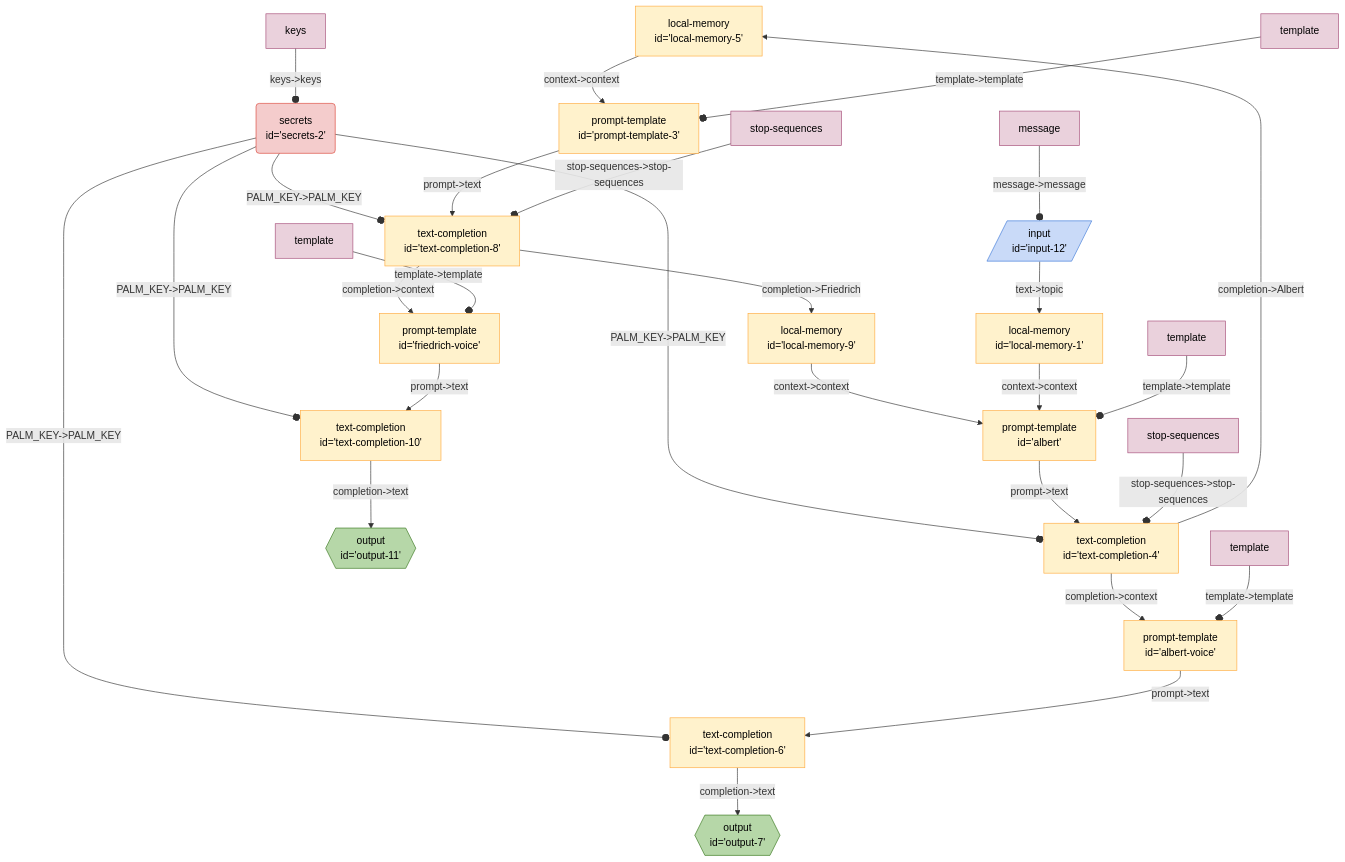
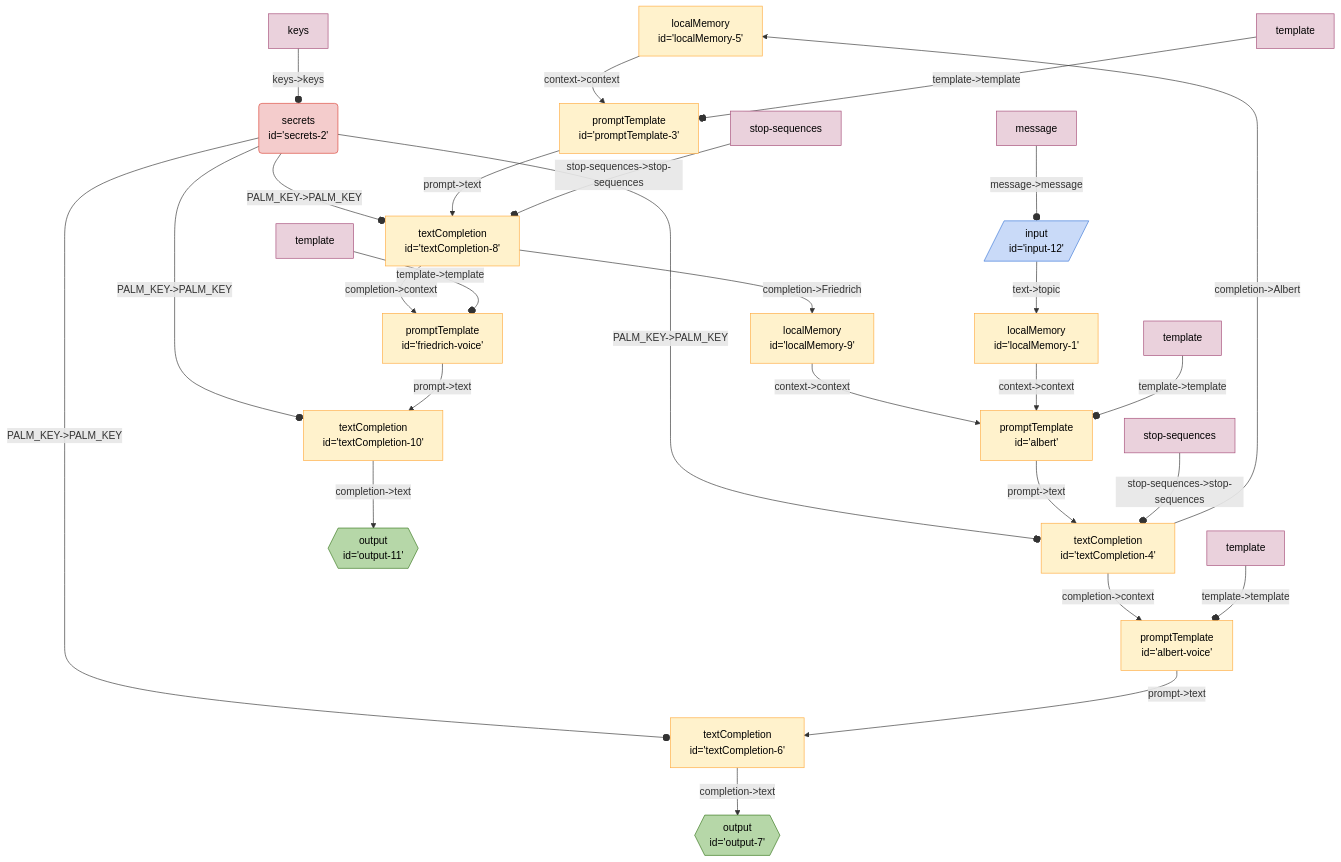
One commit to breadboard-ai/breadboard changed the diagram in seeds/graph-playground/docs/graphs/endless-debate-with-voice.md. Above: the diagram before and after it, drawn with Mermaid. The commit also changed 41 other files, not shown here.

````diff
--- a/seeds/graph-playground/docs/graphs/endless-debate-with-voice.md
+++ b/seeds/graph-playground/docs/graphs/endless-debate-with-voice.md
@@ -5,74 +5,74 @@
   ```mermaid
   %%{init: 'themeVariables': { 'fontFamily': 'Fira Code, monospace' }}%%
 graph TD;
-localmemory5["local-memory
-id='local-memory-5'"] -- "context->context" --> prompttemplate3["prompt-template
-id='prompt-template-3'"]
-textcompletion4["text-completion
-id='text-completion-4'"] -- "completion->Albert" --> localmemory5["local-memory
-id='local-memory-5'"]
+localMemory5["localMemory
+id='localMemory-5'"] -- "context->context" --> promptTemplate3["promptTemplate
+id='promptTemplate-3'"]
+textCompletion4["textCompletion
+id='textCompletion-4'"] -- "completion->Albert" --> localMemory5["localMemory
+id='localMemory-5'"]
 secrets2("secrets
-id='secrets-2'"):::secrets -- "PALM_KEY->PALM_KEY" --o textcompletion6["text-completion
-id='text-completion-6'"]
-textcompletion6["text-completion
-id='text-completion-6'"] -- "completion->text" --> output7{{"output
+id='secrets-2'"):::secrets -- "PALM_KEY->PALM_KEY" --o textCompletion6["textCompletion
+id='textCompletion-6'"]
+textCompletion6["textCompletion
+id='textCompletion-6'"] -- "completion->text" --> output7{{"output
 id='output-7'"}}:::output
-albertvoice["prompt-template
-id='albert-voice'"] -- "prompt->text" --> textcompletion6["text-completion
-id='text-completion-6'"]
-textcompletion4["text-completion
-id='text-completion-4'"] -- "completion->context" --> albertvoice["prompt-template
+albertvoice["promptTemplate
+id='albert-voice'"] -- "prompt->text" --> textCompletion6["textCompletion
+id='textCompletion-6'"]
+textCompletion4["textCompletion
+id='textCompletion-4'"] -- "completion->context" --> albertvoice["promptTemplate
 id='albert-voice'"]
 secrets2("secrets
-id='secrets-2'"):::secrets -- "PALM_KEY->PALM_KEY" --o textcompletion4["text-completion
-id='text-completion-4'"]
-albert["prompt-template
-id='albert'"] -- "prompt->text" --> textcompletion4["text-completion
-id='text-completion-4'"]
-localmemory9["local-memory
-id='local-memory-9'"] -- "context->context" --> albert["prompt-template
+id='secrets-2'"):::secrets -- "PALM_KEY->PALM_KEY" --o textCompletion4["textCompletion
+id='textCompletion-4'"]
+albert["promptTemplate
+id='albert'"] -- "prompt->text" --> textCompletion4["textCompletion
+id='textCompletion-4'"]
+localMemory9["localMemory
+id='localMemory-9'"] -- "context->context" --> albert["promptTemplate
 id='albert'"]
-textcompletion8["text-completion
-id='text-completion-8'"] -- "completion->Friedrich" --> localmemory9["local-memory
-id='local-memory-9'"]
+textCompletion8["textCompletion
+id='textCompletion-8'"] -- "completion->Friedrich" --> localMemory9["localMemory
+id='localMemory-9'"]
 secrets2("secrets
-id='secrets-2'"):::secrets -- "PALM_KEY->PALM_KEY" --o textcompletion10["text-completion
-id='text-completion-10'"]
-textcompletion10["text-completion
-id='text-completion-10'"] -- "completion->text" --> output11{{"output
+id='secrets-2'"):::secrets -- "PALM_KEY->PALM_KEY" --o textCompletion10["textCompletion
+id='textCompletion-10'"]
+textCompletion10["textCompletion
+id='textCompletion-10'"] -- "completion->text" --> output11{{"output
 id='output-11'"}}:::output
-friedrichvoice["prompt-template
-id='friedrich-voice'"] -- "prompt->text" --> textcompletion10["text-completion
-id='text-completion-10'"]
-textcompletion8["text-completion
-id='text-completion-8'"] -- "completion->context" --> friedrichvoice["prompt-template
+friedrichvoice["promptTemplate
+id='friedrich-voice'"] -- "prompt->text" --> textCompletion10["textCompletion
+id='textCompletion-10'"]
+textCompletion8["textCompletion
+id='textCompletion-8'"] -- "completion->context" --> friedrichvoice["promptTemplate
 id='friedrich-voice'"]
 secrets2("secrets
-id='secrets-2'"):::secrets -- "PALM_KEY->PALM_KEY" --o textcompletion8["text-completion
-id='text-completion-8'"]
-prompttemplate3["prompt-template
-id='prompt-template-3'"] -- "prompt->text" --> textcompletion8["text-completion
-id='text-completion-8'"]
-localmemory1["local-memory
-id='local-memory-1'"] -- "context->context" --> albert["prompt-template
+id='secrets-2'"):::secrets -- "PALM_KEY->PALM_KEY" --o textCompletion8["textCompletion
+id='textCompletion-8'"]
+promptTemplate3["promptTemplate
+id='promptTemplate-3'"] -- "prompt->text" --> textCompletion8["textCompletion
+id='textCompletion-8'"]
+localMemory1["localMemory
+id='localMemory-1'"] -- "context->context" --> albert["promptTemplate
 id='albert'"]
 input12[/"input
-id='input-12'"/]:::input -- "text->topic" --> localmemory1["local-memory
-id='local-memory-1'"]
+id='input-12'"/]:::input -- "text->topic" --> localMemory1["localMemory
+id='localMemory-1'"]
 keyssecrets2[keys]:::config -- "keys->keys" --o secrets2
-templateprompttemplate3[template]:::config -- "template->template" --o prompttemplate3
+templatepromptTemplate3[template]:::config -- "template->template" --o promptTemplate3
 templatealbert[template]:::config -- "template->template" --o albert
-stopsequencestextcompletion4[stop-sequences]:::config -- "stop-sequences->stop-sequences" --o textcompletion4
+stopsequencestextCompletion4[stop-sequences]:::config -- "stop-sequences->stop-sequences" --o textCompletion4
 templatealbertvoice[template]:::config -- "template->template" --o albertvoice
-stopsequencestextcompletion8[stop-sequences]:::config -- "stop-sequences->stop-sequences" --o textcompletion8
+stopsequencestextCompletion8[stop-sequences]:::config -- "stop-sequences->stop-sequences" --o textCompletion8
 templatefriedrichvoice[template]:::config -- "template->template" --o friedrichvoice
 messageinput12[message]:::config -- "message->message" --o input12
 classDef default stroke:#ffab40,fill:#fff2ccff,color:#000
 classDef input stroke:#3c78d8,fill:#c9daf8ff,color:#000
 classDef output stroke:#38761d,fill:#b6d7a8ff,color:#000
 classDef passthrough stroke:#a64d79,fill:#ead1dcff,color:#000
 classDef slot stroke:#a64d79,fill:#ead1dcff,color:#000
 classDef config stroke:#a64d79,fill:#ead1dcff,color:#000
 classDef secrets stroke:#db4437,fill:#f4cccc,color:#000
 classDef slotted stroke:#a64d79
   ```
````
